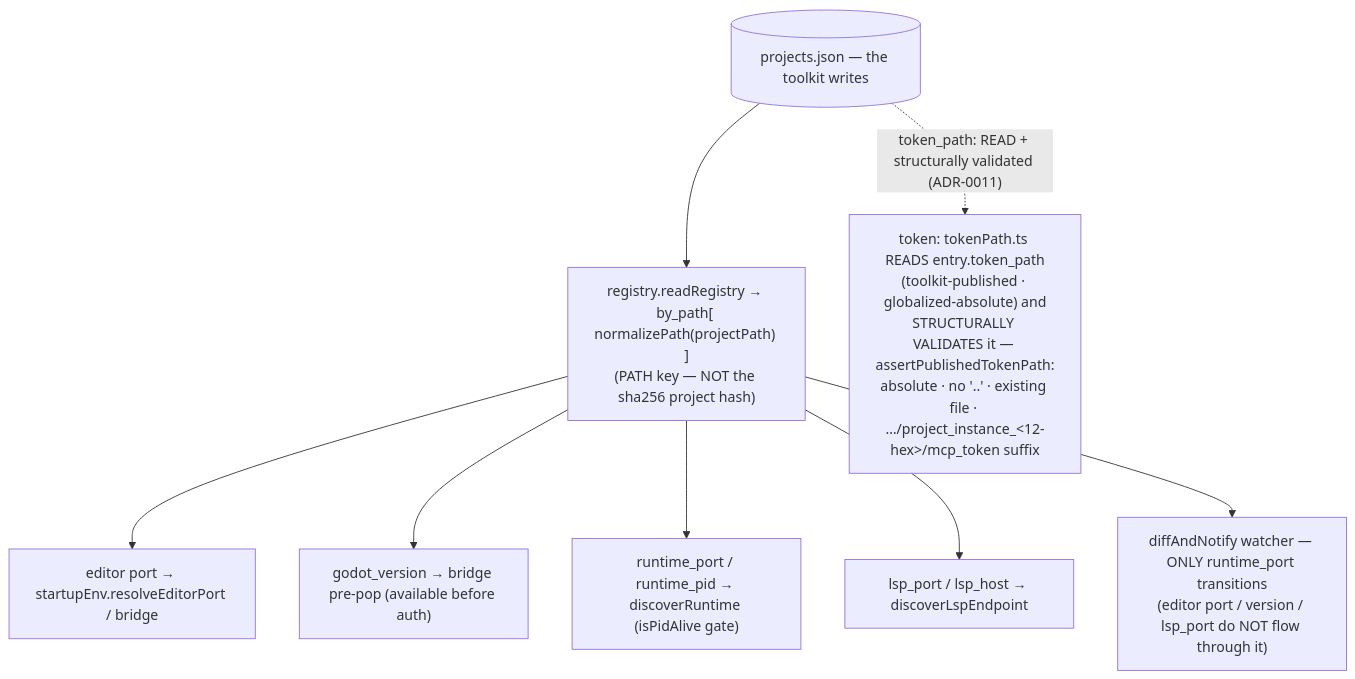
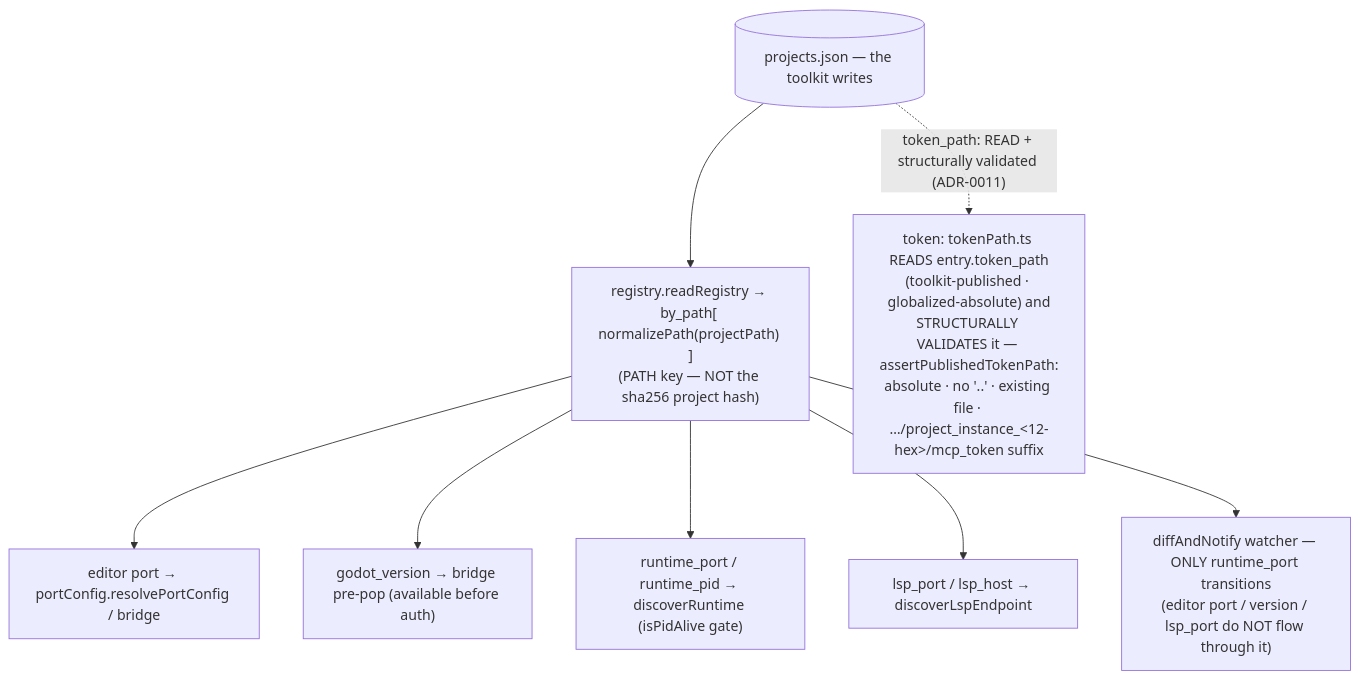
Diagram 11 of 13 in docs/architecture/README.md (NPGameDev/godot-mcp-server), drawn with Mermaid before and after one commit. The commit also changed other lines of this file and 33 other files, not shown here.

First line of the commit message:
feat(config): CLI port flags + shared resolution (CLI>env>discovery) + fail-fast desync cross-check

````diff
--- a/docs/architecture/README.md
+++ b/docs/architecture/README.md
@@ -568,11 +576,11 @@
 ```mermaid
 flowchart TD
     pj[("projects.json — the toolkit writes")] --> read["registry.readRegistry → by_path[ normalizePath(projectPath) ]<br/>(PATH key — NOT the sha256 project hash)"]
-    read --> port["editor port → startupEnv.resolveEditorPort / bridge"]
+    read --> port["editor port → portConfig.resolvePortConfig / bridge"]
     read --> ver["godot_version → bridge pre-pop (available before auth)"]
     read --> rport["runtime_port / runtime_pid → discoverRuntime (isPidAlive gate)"]
     read --> lsp["lsp_port / lsp_host → discoverLspEndpoint"]
     read --> watch["diffAndNotify watcher — ONLY runtime_port transitions<br/>(editor port / version / lsp_port do NOT flow through it)"]
     tok["token: tokenPath.ts READS entry.token_path<br/>(toolkit-published · globalized-absolute) and<br/>STRUCTURALLY VALIDATES it — assertPublishedTokenPath:<br/>absolute · no '..' · existing file · …/project_instance_&lt;12-hex&gt;/mcp_token suffix"]
     pj -. "token_path: READ + structurally validated (ADR-0011)" .-> tok
 ```
````
